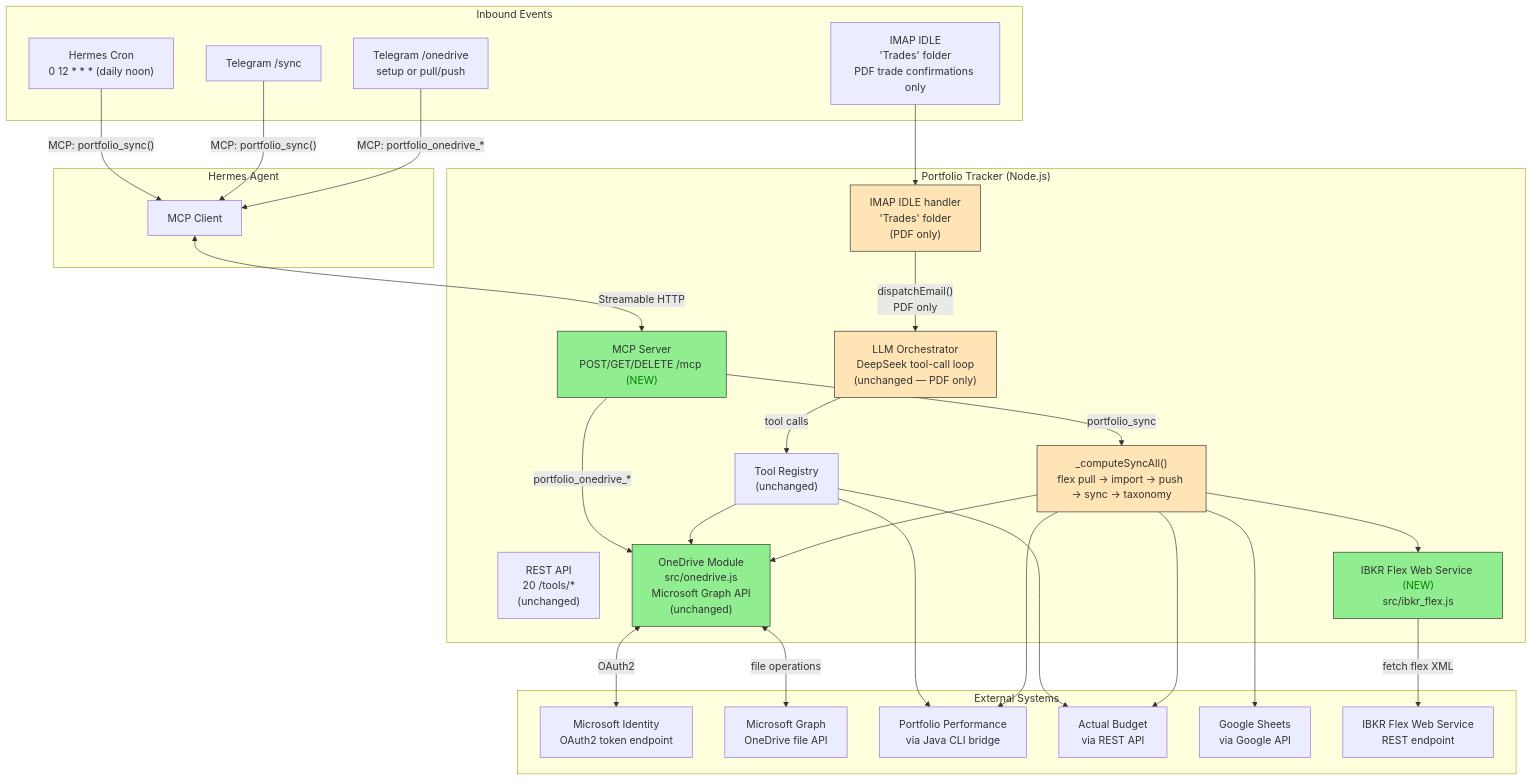
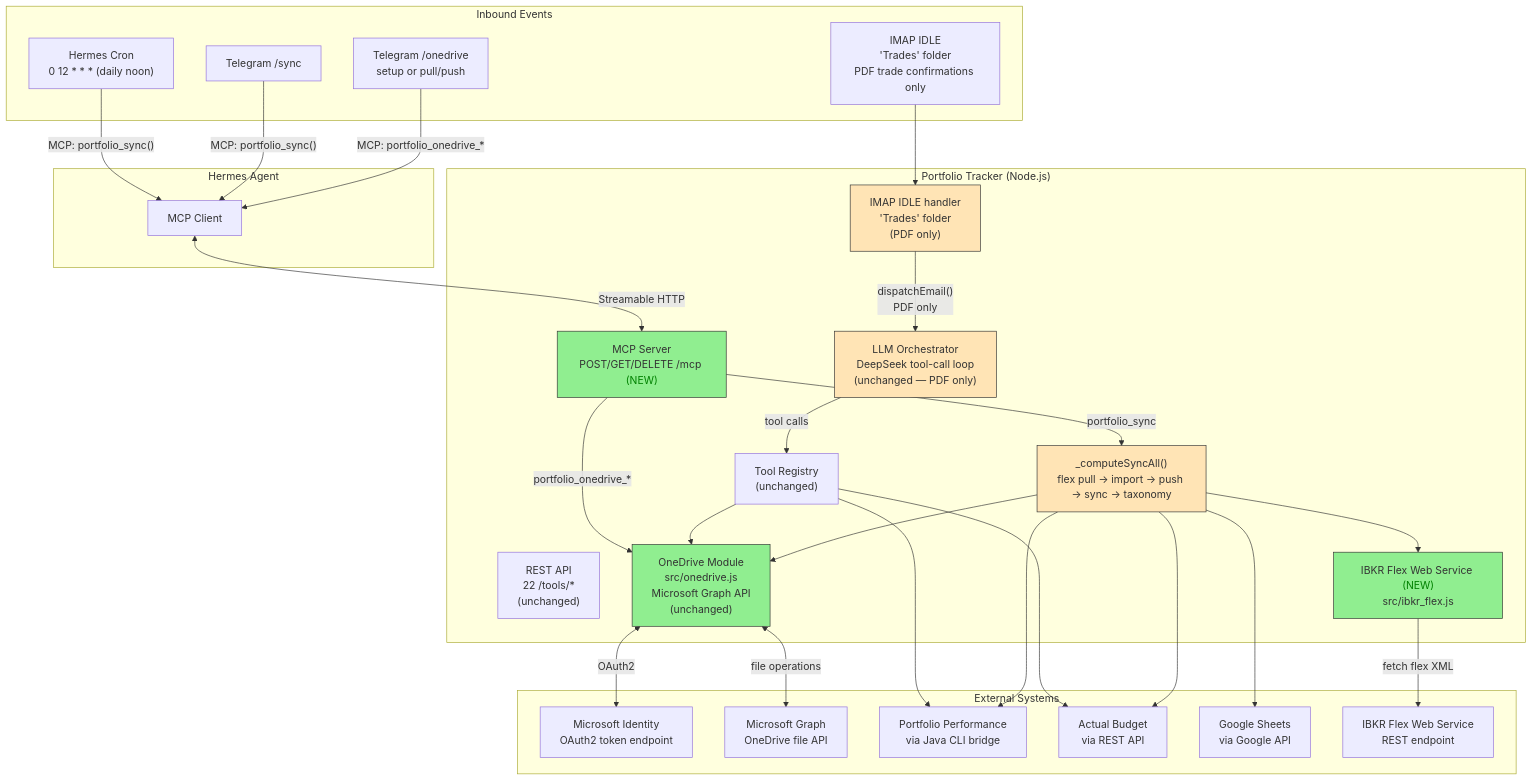
The diagram in specs/003-portfolio-tracker/spec.md (darrencjh8/darren-openclaw), drawn with Mermaid before and after one commit. The commit also changed other lines of this file and 2 other files, not shown here.

First line of the commit message:
docs: update portfolio MCP 10->12, REST 20->22 after origin/main merge

````diff
--- a/specs/003-portfolio-tracker/spec.md
+++ b/specs/003-portfolio-tracker/spec.md
@@ -23,60 +23,60 @@
 ```mermaid
 flowchart TB
     subgraph Triggers["Inbound Events"]
         CRON["Hermes Cron<br/>0 12 * * * (daily noon)"]
         TG_SYNC["Telegram /sync"]
         TG_ONEDRIVE["Telegram /onedrive<br/>setup or pull/push"]
         IMAP["IMAP IDLE<br/>'Trades' folder<br/>PDF trade confirmations only"]
     end
 
     subgraph Hermes["Hermes Agent"]
         MCP_C["MCP Client"]
     end
 
     subgraph PT["Portfolio Tracker (Node.js)"]
         MCP_S["MCP Server<br/>POST/GET/DELETE /mcp<span style='color:green'> (NEW)</span>"]
-        REST["REST API<br/>20 /tools/*<br/>(unchanged)"]
+        REST["REST API<br/>22 /tools/*<br/>(unchanged)"]
         ORCH["LLM Orchestrator<br/>DeepSeek tool-call loop<br/>(unchanged — PDF only)"]
         TOOLS["Tool Registry<br/>(unchanged)"]
         IMAP_H["IMAP IDLE handler<br/>'Trades' folder<br/>(PDF only)"]
         SYNC["_computeSyncAll()<br/>flex pull → import → push → sync → taxonomy"]
         FLEX["IBKR Flex Web Service<span style='color:green'> (NEW)</span><br/>src/ibkr_flex.js"]
         OD["OneDrive Module<br/>src/onedrive.js<br/>Microsoft Graph API<br/>(unchanged)"]
     end
 
     subgraph External["External Systems"]
         MS["Microsoft Identity<br/>OAuth2 token endpoint"]
         GRAPH["Microsoft Graph<br/>OneDrive file API"]
         PP["Portfolio Performance<br/>via Java CLI bridge"]
         AB["Actual Budget<br/>via REST API"]
         GSHEETS["Google Sheets<br/>via Google API"]
         IBKR["IBKR Flex Web Service<br/>REST endpoint"]
     end
 
     CRON -->|"MCP: portfolio_sync()"| MCP_C
     TG_SYNC -->|"MCP: portfolio_sync()"| MCP_C
     TG_ONEDRIVE -->|"MCP: portfolio_onedrive_*"| MCP_C
     MCP_C <-->|"Streamable HTTP"| MCP_S
     MCP_S -->|"portfolio_sync"| SYNC
     MCP_S -->|"portfolio_onedrive_*"| OD
     IMAP --> IMAP_H -->|"dispatchEmail()<br/>PDF only"| ORCH
     ORCH -->|"tool calls"| TOOLS
     TOOLS --> PP
     TOOLS --> AB
     TOOLS --> OD
     SYNC --> FLEX
     SYNC --> PP
     SYNC --> AB
     SYNC --> OD
     SYNC --> GSHEETS
     FLEX -->|"fetch flex XML"| IBKR
     OD <-->|"OAuth2"| MS
     OD <-->|"file operations"| GRAPH
 
     style MCP_S fill:#90EE90,stroke:#333
     style FLEX fill:#90EE90,stroke:#333
     style OD fill:#90EE90,stroke:#333
     style ORCH fill:#FFE4B5,stroke:#333
     style IMAP_H fill:#FFE4B5,stroke:#333
     style SYNC fill:#FFE4B5,stroke:#333
 ```
````
